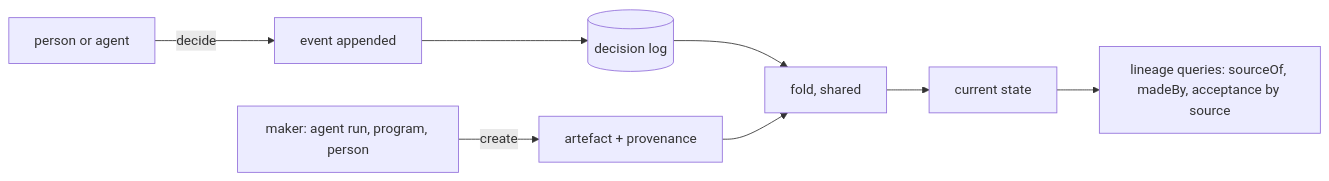
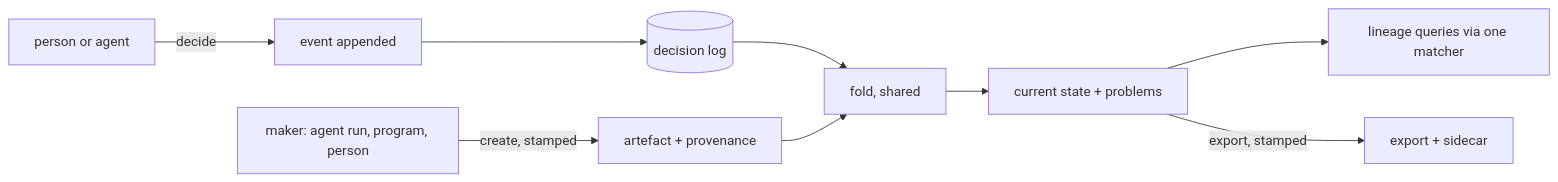
The diagram in Research/Software Architecture Garden/general/agent-operated-engines/11-lineage-ledger.md (go-go-golems/go-go-parc), drawn with Mermaid before and after one commit. The commit also changed other lines of this file and 22 other files, not shown here.

````diff
--- a/Research/Software Architecture Garden/general/agent-operated-engines/11-lineage-ledger.md
+++ b/Research/Software Architecture Garden/general/agent-operated-engines/11-lineage-ledger.md
@@ -139,10 +141,11 @@
 ```mermaid
 flowchart LR
-  M[maker: agent run, program, person] -->|create| A[artefact + provenance]
+  M[maker: agent run, program, person] -->|create, stamped| A[artefact + provenance]
   P[person or agent] -->|decide| E[event appended]
   E --> L[(decision log)]
   L --> F[fold, shared]
   A --> F
-  F --> S[current state]
-  S --> Q[lineage queries: sourceOf, madeBy, acceptance by source]
+  F --> S[current state + problems]
+  S --> Q[lineage queries via one matcher]
+  S -->|export, stamped| X[export + sidecar]
 ```
````
